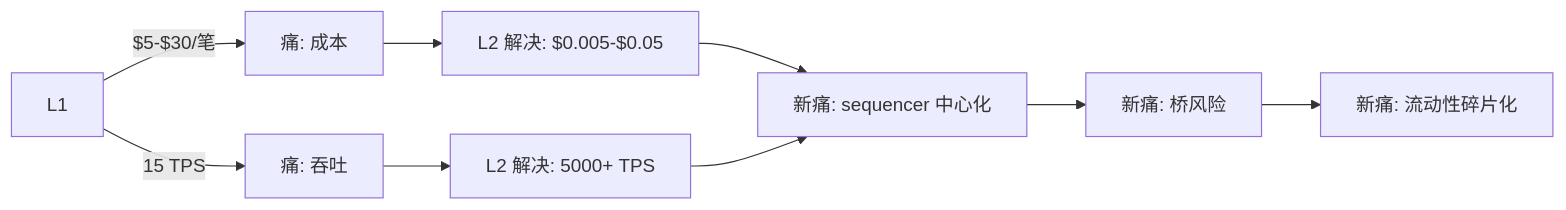
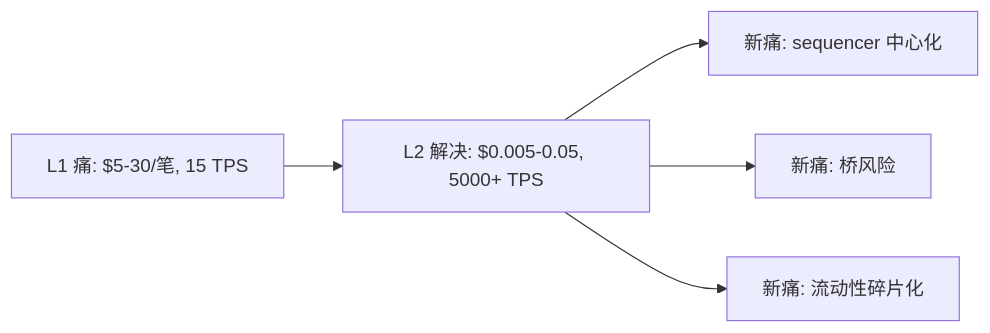
The third of 13 diagrams in web3-engineer-guide/07-L2与扩容/README.md (ChuwuYo/misc-files), drawn with Mermaid before and after one commit. The commit also changed other lines of this file and 211 other files, not shown here.

````diff
--- a/web3-engineer-guide/07-L2与扩容/README.md
+++ b/web3-engineer-guide/07-L2与扩容/README.md
@@ -116,11 +62,7 @@
 ```mermaid
 graph LR
-    A[L1] -->|"$5-$30/笔"| B[痛: 成本]
-    A -->|15 TPS| C[痛: 吞吐]
-    B --> D[L2 解决: $0.005-$0.05]
-    C --> E[L2 解决: 5000+ TPS]
-    D --> F[新痛: sequencer 中心化]
-    E --> F
-    F --> G[新痛: 桥风险]
-    G --> H[新痛: 流动性碎片化]
+    A[L1 痛: $5-30/笔, 15 TPS] --> B[L2 解决: $0.005-0.05, 5000+ TPS]
+    B --> C[新痛: sequencer 中心化]
+    B --> D[新痛: 桥风险]
+    B --> E[新痛: 流动性碎片化]
 ```
````
